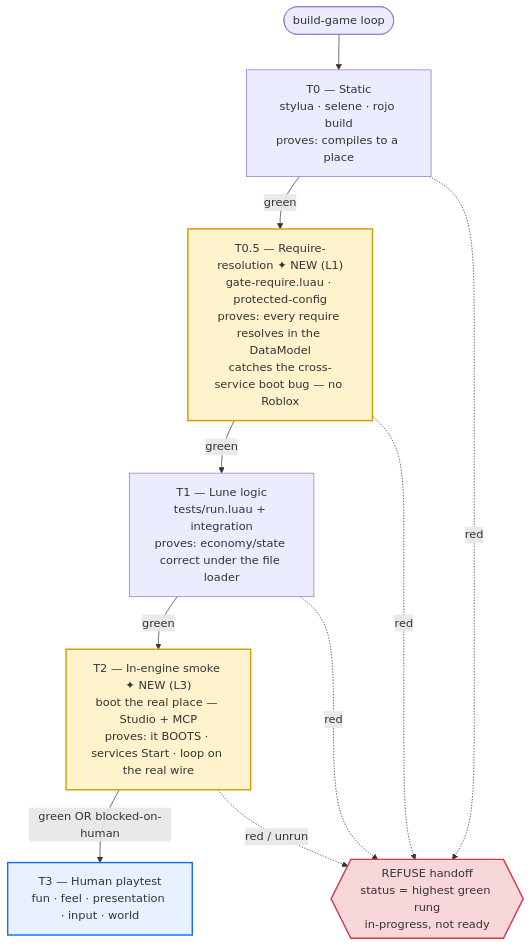
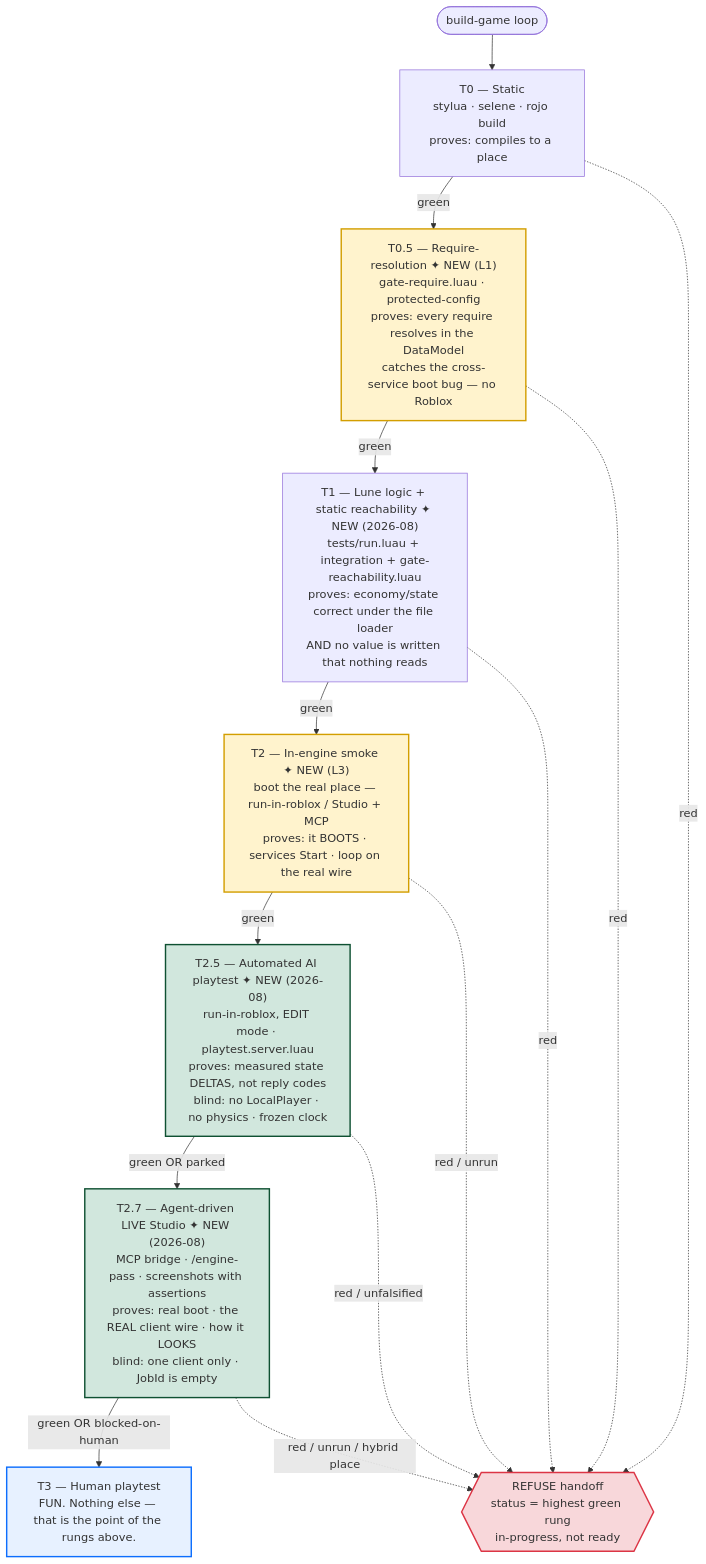
One commit to opedrolinux/roblox-game-factory changed the second of 2 diagrams in docs/VERIFICATION-LADDER.md. Above: the diagram before and after it, drawn with Mermaid. The commit also changed other lines of this file and 29 other files, not shown here.

````diff
--- a/docs/VERIFICATION-LADDER.md
+++ b/docs/VERIFICATION-LADDER.md
@@ -101,27 +119,35 @@
 ```mermaid
 flowchart TD
   S(["build-game loop"]) --> T0
   T0["T0 — Static<br/>stylua · selene · rojo build<br/>proves: compiles to a place"]
   T05["T0.5 — Require-resolution ✦ NEW (L1)<br/>gate-require.luau · protected-config<br/>proves: every require resolves in the DataModel<br/>catches the cross-service boot bug — no Roblox"]
-  T1["T1 — Lune logic<br/>tests/run.luau + integration<br/>proves: economy/state correct under the file loader"]
-  T2["T2 — In-engine smoke ✦ NEW (L3)<br/>boot the real place — Studio + MCP<br/>proves: it BOOTS · services Start · loop on the real wire"]
-  T3["T3 — Human playtest<br/>fun · feel · presentation · input · world"]
+  T1["T1 — Lune logic + static reachability ✦ NEW (2026-08)<br/>tests/run.luau + integration + gate-reachability.luau<br/>proves: economy/state correct under the file loader<br/>AND no value is written that nothing reads"]
+  T2["T2 — In-engine smoke ✦ NEW (L3)<br/>boot the real place — run-in-roblox / Studio + MCP<br/>proves: it BOOTS · services Start · loop on the real wire"]
+  T25["T2.5 — Automated AI playtest ✦ NEW (2026-08)<br/>run-in-roblox, EDIT mode · playtest.server.luau<br/>proves: measured state DELTAS, not reply codes<br/>blind: no LocalPlayer · no physics · frozen clock"]
+  T27["T2.7 — Agent-driven LIVE Studio ✦ NEW (2026-08)<br/>MCP bridge · /engine-pass · screenshots with assertions<br/>proves: real boot · the REAL client wire · how it LOOKS<br/>blind: one client only · JobId is empty"]
+  T3["T3 — Human playtest<br/>FUN. Nothing else — that is the point of the rungs above."]
   STOP{{"REFUSE handoff<br/>status = highest green rung<br/>in-progress, not ready"}}
 
   T0 -->|green| T05
   T05 -->|green| T1
   T1 -->|green| T2
-  T2 -->|"green OR blocked-on-human"| T3
+  T2 -->|green| T25
+  T25 -->|"green OR parked"| T27
+  T27 -->|"green OR blocked-on-human"| T3
 
   T0 -. red .-> STOP
   T05 -. red .-> STOP
   T1 -. red .-> STOP
   T2 -. "red / unrun" .-> STOP
+  T25 -. "red / unfalsified" .-> STOP
+  T27 -. "red / unrun / hybrid place" .-> STOP
 
   classDef new fill:#fff3cd,stroke:#d39e00,stroke-width:2px;
+  classDef newer fill:#d1e7dd,stroke:#0f5132,stroke-width:2px;
   classDef human fill:#e7f1ff,stroke:#0d6efd,stroke-width:2px;
   classDef stop fill:#f8d7da,stroke:#dc3545,stroke-width:2px;
   class T05,T2 new;
+  class T25,T27 newer;
   class T3 human;
   class STOP stop;
 ```
````
